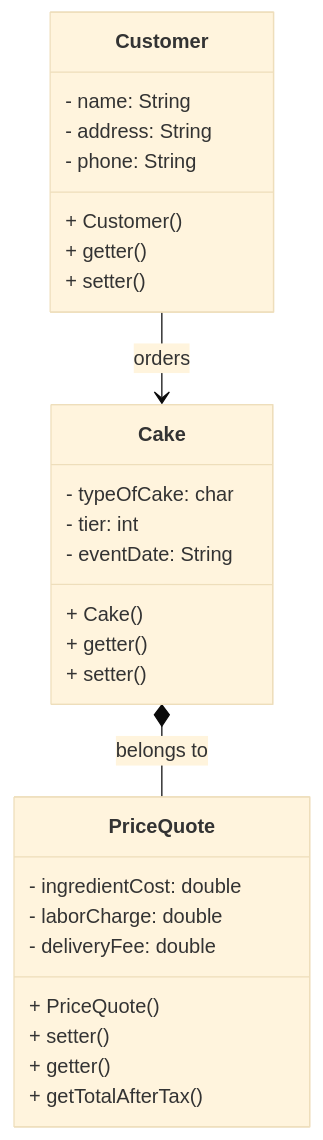
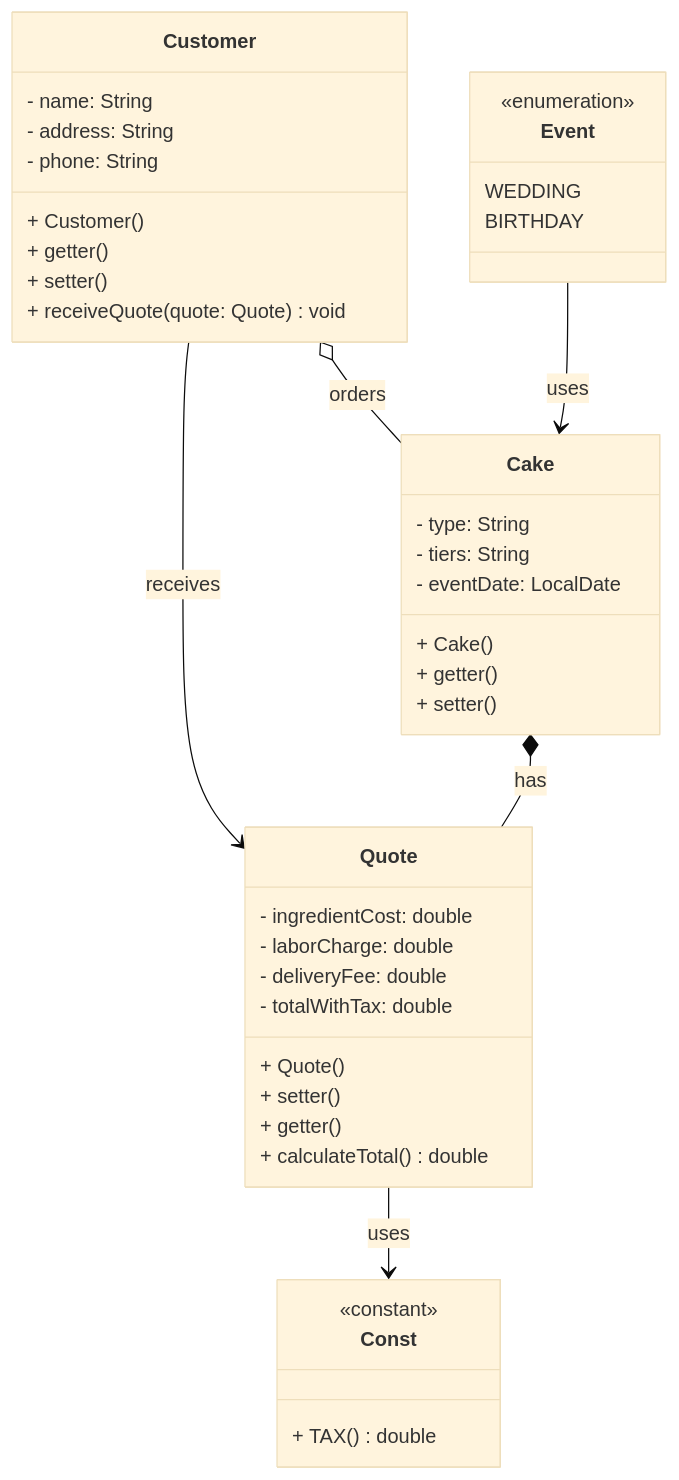
Before and after one commit to ngsang149dev/CIT-EIU: the diagram in CSE203/Lab1/Problem2/Bakery.mmd, drawn with Mermaid (base theme). The commit also changed 17 other files, not shown here.

```diff
--- a/CSE203/Lab1/Problem2/Bakery.mmd
+++ b/CSE203/Lab1/Problem2/Bakery.mmd
@@ -1,31 +1,48 @@
 classDiagram
     class Customer {
         - name: String
         - address: String
         - phone: String
         + Customer()
         + getter()
         + setter()
+        + receiveQuote(quote: Quote) void  
     }
 
     class Cake {
-        - typeOfCake: char
-        - tier: int 
-        - eventDate: String
+        - type: String
+        - tiers: String
+        - eventDate: LocalDate
+
         + Cake()
         + getter()
         + setter()
     }
 
-    class PriceQuote {
+    class Quote {
         - ingredientCost: double
         - laborCharge: double
         - deliveryFee: double
-        + PriceQuote()
+        - totalWithTax: double
+        + Quote()
         + setter()
         + getter()
-        + getTotalAfterTax()
+        + calculateTotal() double
     }
 
-    Customer --> Cake: orders
-    Cake *-- PriceQuote: belongs to
+    class Const {
+        <<constant>>
+        + TAX() double
+    }
+
+    class Event {
+        <<enumeration>>
+        WEDDING
+        BIRTHDAY
+    }
+
+    Customer --> Quote: receives
+    Customer o-- Cake: orders
+    Event --> Cake: uses
+    Cake *-- Quote: has
+    Quote --> Const: uses
```
